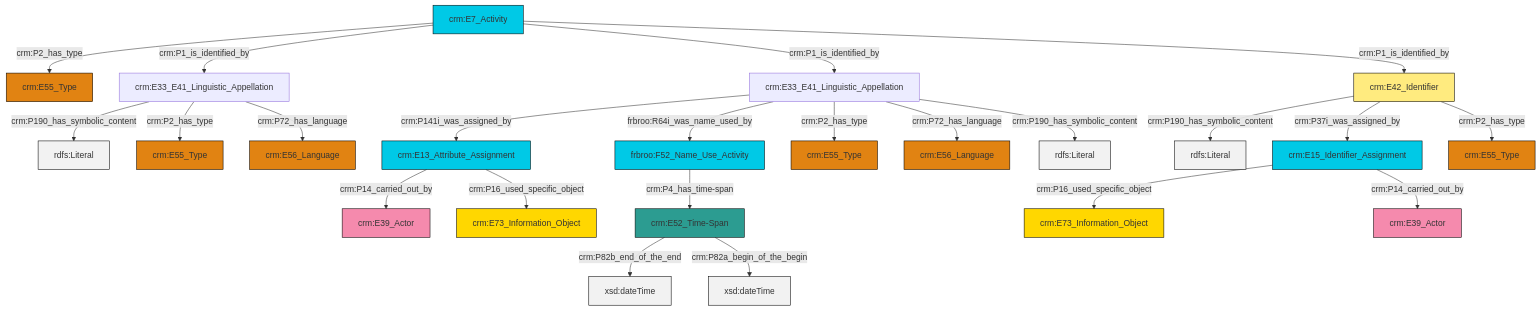
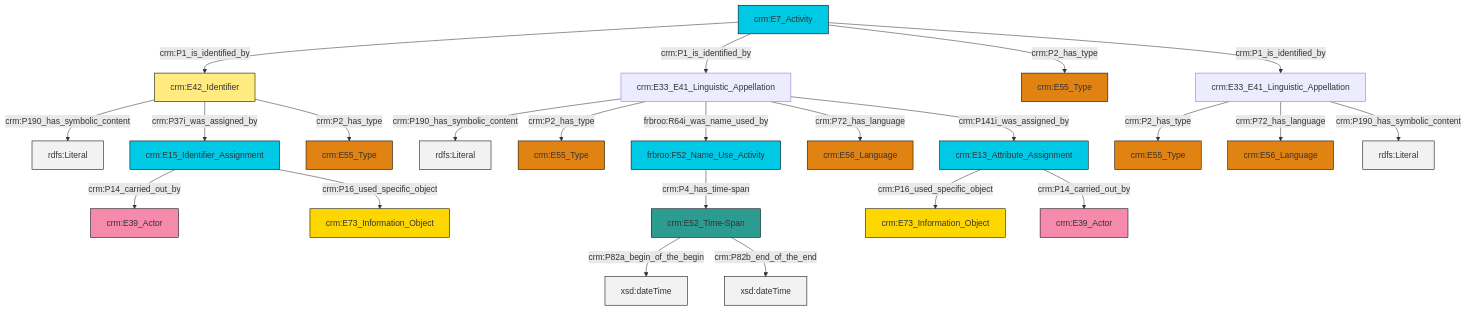
The diagram in et/eventCSV/ttl/mmd/event_name.ttl.mmd (swiss-art-research-net/reference-data-models), drawn with Mermaid before and after one commit. The commit also changed 122 other files, not shown here.

```diff
--- a/et/eventCSV/ttl/mmd/event_name.ttl.mmd
+++ b/et/eventCSV/ttl/mmd/event_name.ttl.mmd
@@ -1,37 +1,37 @@
 graph TD
 classDef Literal fill:#f2f2f2,stroke:#000000;
 classDef CRM_Entity fill:#FFFFFF,stroke:#000000;
 classDef Temporal_Entity fill:#00C9E6, stroke:#000000;
 classDef Type fill:#E18312, stroke:#000000;
 classDef Time-Span fill:#2C9C91, stroke:#000000;
 classDef Appellation fill:#FFEB7F, stroke:#000000;
 classDef Place fill:#008836, stroke:#000000;
 classDef Persistent_Item fill:#B266B2, stroke:#000000;
 classDef Conceptual_Object fill:#FFD700, stroke:#000000;
 classDef Physical_Thing fill:#D2B48C, stroke:#000000;
 classDef Actor fill:#f58aad, stroke:#000000;
 classDef PC_Classes fill:#4ce600, stroke:#000000;
 classDef Multi fill:#cccccc,stroke:#000000;
 
-0["crm:E52_Time-Span"]:::Time-Span -->|crm:P82b_end_of_the_end| 1[xsd:dateTime]:::Literal
-2["crm:E7_Activity"]:::Temporal_Entity -->|crm:P2_has_type| 3["crm:E55_Type"]:::Type
-4["crm:E33_E41_Linguistic_Appellation"]:::Default -->|crm:P190_has_symbolic_content| 5[rdfs:Literal]:::Literal
-2["crm:E7_Activity"]:::Temporal_Entity -->|crm:P1_is_identified_by| 4["crm:E33_E41_Linguistic_Appellation"]:::Default
-8["crm:E13_Attribute_Assignment"]:::Temporal_Entity -->|crm:P14_carried_out_by| 9["crm:E39_Actor"]:::Actor
-10["crm:E42_Identifier"]:::Appellation -->|crm:P190_has_symbolic_content| 11[rdfs:Literal]:::Literal
-4["crm:E33_E41_Linguistic_Appellation"]:::Default -->|crm:P2_has_type| 12["crm:E55_Type"]:::Type
-17["crm:E33_E41_Linguistic_Appellation"]:::Default -->|crm:P141i_was_assigned_by| 8["crm:E13_Attribute_Assignment"]:::Temporal_Entity
-17["crm:E33_E41_Linguistic_Appellation"]:::Default -->|frbroo:R64i_was_name_used_by| 15["frbroo:F52_Name_Use_Activity"]:::Temporal_Entity
-17["crm:E33_E41_Linguistic_Appellation"]:::Default -->|crm:P2_has_type| 20["crm:E55_Type"]:::Type
-10["crm:E42_Identifier"]:::Appellation -->|crm:P37i_was_assigned_by| 22["crm:E15_Identifier_Assignment"]:::Temporal_Entity
-22["crm:E15_Identifier_Assignment"]:::Temporal_Entity -->|crm:P16_used_specific_object| 23["crm:E73_Information_Object"]:::Conceptual_Object
-8["crm:E13_Attribute_Assignment"]:::Temporal_Entity -->|crm:P16_used_specific_object| 6["crm:E73_Information_Object"]:::Conceptual_Object
-4["crm:E33_E41_Linguistic_Appellation"]:::Default -->|crm:P72_has_language| 18["crm:E56_Language"]:::Type
-10["crm:E42_Identifier"]:::Appellation -->|crm:P2_has_type| 25["crm:E55_Type"]:::Type
-2["crm:E7_Activity"]:::Temporal_Entity -->|crm:P1_is_identified_by| 17["crm:E33_E41_Linguistic_Appellation"]:::Default
-22["crm:E15_Identifier_Assignment"]:::Temporal_Entity -->|crm:P14_carried_out_by| 30["crm:E39_Actor"]:::Actor
-17["crm:E33_E41_Linguistic_Appellation"]:::Default -->|crm:P72_has_language| 28["crm:E56_Language"]:::Type
-15["frbroo:F52_Name_Use_Activity"]:::Temporal_Entity -->|crm:P4_has_time-span| 0["crm:E52_Time-Span"]:::Time-Span
-0["crm:E52_Time-Span"]:::Time-Span -->|crm:P82a_begin_of_the_begin| 35[xsd:dateTime]:::Literal
-17["crm:E33_E41_Linguistic_Appellation"]:::Default -->|crm:P190_has_symbolic_content| 38[rdfs:Literal]:::Literal
-2["crm:E7_Activity"]:::Temporal_Entity -->|crm:P1_is_identified_by| 10["crm:E42_Identifier"]:::Appellation
+2["crm:E15_Identifier_Assignment"]:::Temporal_Entity -->|crm:P14_carried_out_by| 3["crm:E39_Actor"]:::Actor
+0["crm:E42_Identifier"]:::Appellation -->|crm:P190_has_symbolic_content| 4[rdfs:Literal]:::Literal
+7["crm:E13_Attribute_Assignment"]:::Temporal_Entity -->|crm:P16_used_specific_object| 8["crm:E73_Information_Object"]:::Conceptual_Object
+5["crm:E7_Activity"]:::Temporal_Entity -->|crm:P1_is_identified_by| 0["crm:E42_Identifier"]:::Appellation
+11["crm:E33_E41_Linguistic_Appellation"]:::Default -->|crm:P190_has_symbolic_content| 12[rdfs:Literal]:::Literal
+2["crm:E15_Identifier_Assignment"]:::Temporal_Entity -->|crm:P16_used_specific_object| 9["crm:E73_Information_Object"]:::Conceptual_Object
+0["crm:E42_Identifier"]:::Appellation -->|crm:P37i_was_assigned_by| 2["crm:E15_Identifier_Assignment"]:::Temporal_Entity
+16["crm:E33_E41_Linguistic_Appellation"]:::Default -->|crm:P2_has_type| 17["crm:E55_Type"]:::Type
+13["frbroo:F52_Name_Use_Activity"]:::Temporal_Entity -->|crm:P4_has_time-span| 18["crm:E52_Time-Span"]:::Time-Span
+5["crm:E7_Activity"]:::Temporal_Entity -->|crm:P1_is_identified_by| 11["crm:E33_E41_Linguistic_Appellation"]:::Default
+16["crm:E33_E41_Linguistic_Appellation"]:::Default -->|crm:P72_has_language| 20["crm:E56_Language"]:::Type
+5["crm:E7_Activity"]:::Temporal_Entity -->|crm:P2_has_type| 21["crm:E55_Type"]:::Type
+11["crm:E33_E41_Linguistic_Appellation"]:::Default -->|crm:P2_has_type| 24["crm:E55_Type"]:::Type
+11["crm:E33_E41_Linguistic_Appellation"]:::Default -->|frbroo:R64i_was_name_used_by| 13["frbroo:F52_Name_Use_Activity"]:::Temporal_Entity
+11["crm:E33_E41_Linguistic_Appellation"]:::Default -->|crm:P72_has_language| 28["crm:E56_Language"]:::Type
+16["crm:E33_E41_Linguistic_Appellation"]:::Default -->|crm:P190_has_symbolic_content| 29[rdfs:Literal]:::Literal
+0["crm:E42_Identifier"]:::Appellation -->|crm:P2_has_type| 30["crm:E55_Type"]:::Type
+11["crm:E33_E41_Linguistic_Appellation"]:::Default -->|crm:P141i_was_assigned_by| 7["crm:E13_Attribute_Assignment"]:::Temporal_Entity
+5["crm:E7_Activity"]:::Temporal_Entity -->|crm:P1_is_identified_by| 16["crm:E33_E41_Linguistic_Appellation"]:::Default
+18["crm:E52_Time-Span"]:::Time-Span -->|crm:P82a_begin_of_the_begin| 33[xsd:dateTime]:::Literal
+7["crm:E13_Attribute_Assignment"]:::Temporal_Entity -->|crm:P14_carried_out_by| 22["crm:E39_Actor"]:::Actor
+18["crm:E52_Time-Span"]:::Time-Span -->|crm:P82b_end_of_the_end| 38[xsd:dateTime]:::Literal
```
